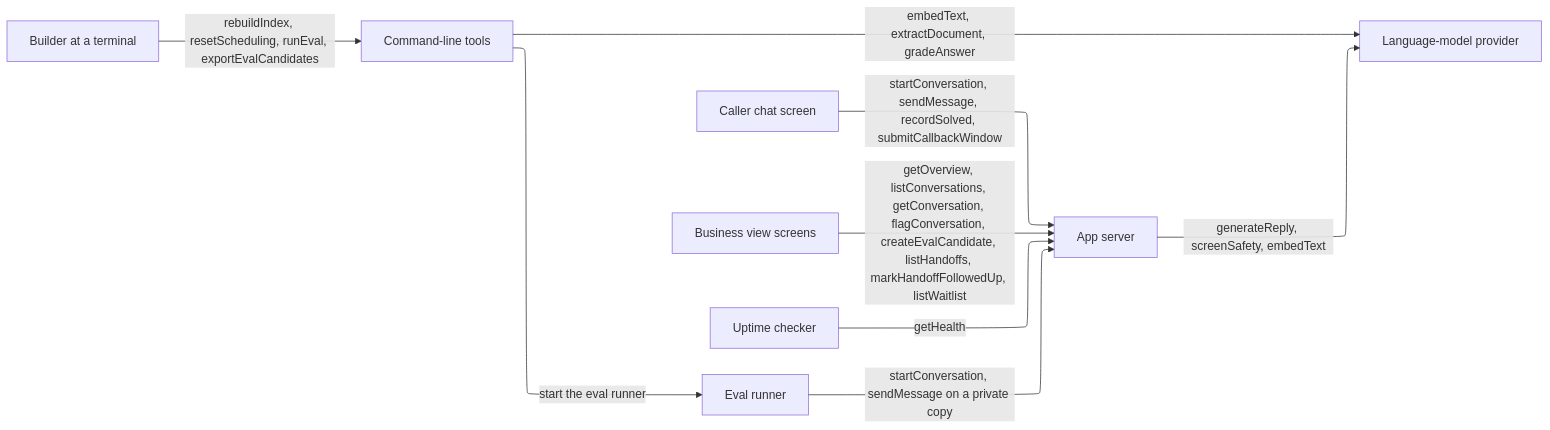
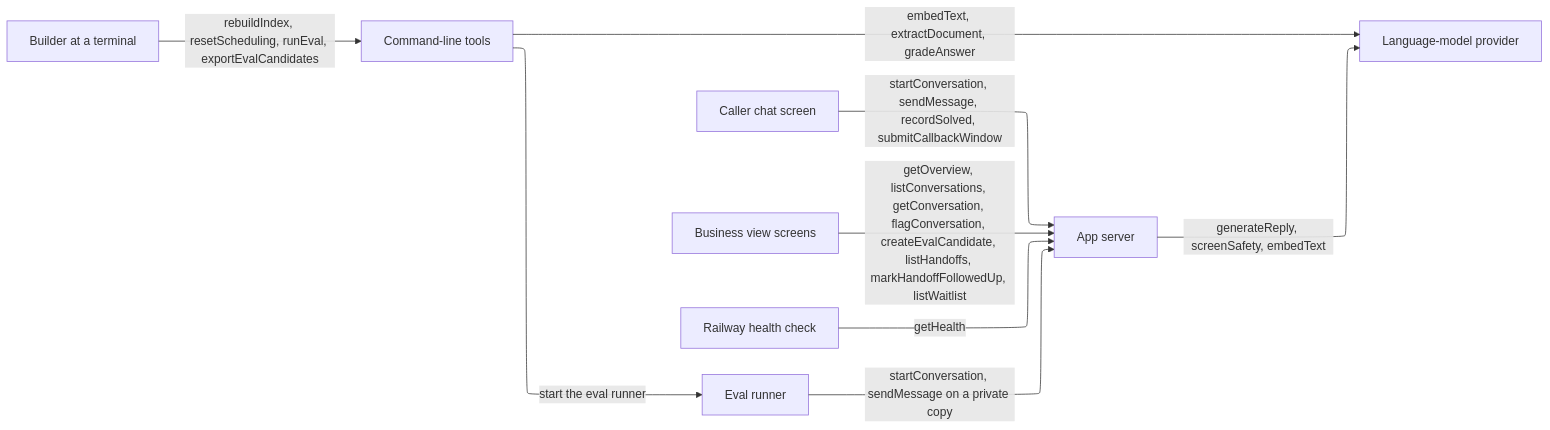
One commit to ThinkBuildMake/aea-fde-challenge changed the third of 3 diagrams in docs/HIGH_LEVEL_DESIGN.md. Above: the diagram before and after it, drawn with Mermaid. The commit also changed other lines of this file and 13 other files, not shown here.

````diff
--- a/docs/HIGH_LEVEL_DESIGN.md
+++ b/docs/HIGH_LEVEL_DESIGN.md
@@ -125,15 +123,15 @@
 ```mermaid
 ---
 config:
   layout: elk
 ---
 flowchart LR
   chat[Caller chat screen] -->|startConversation, sendMessage, recordSolved, submitCallbackWindow| app[App server]
   biz[Business view screens] -->|getOverview, listConversations, getConversation, flagConversation, createEvalCandidate, listHandoffs, markHandoffFollowedUp, listWaitlist| app
-  uptime[Uptime checker] -->|getHealth| app
+  host[Railway health check] -->|getHealth| app
   evalr[Eval runner] -->|startConversation, sendMessage on a private copy| app
   app -->|generateReply, screenSafety, embedText| llm[Language-model provider]
   builder[Builder at a terminal] -->|rebuildIndex, resetScheduling, runEval, exportEvalCandidates| cli[Command-line tools]
   cli -->|embedText, extractDocument, gradeAnswer| llm
   cli -->|start the eval runner| evalr
 ```
````
